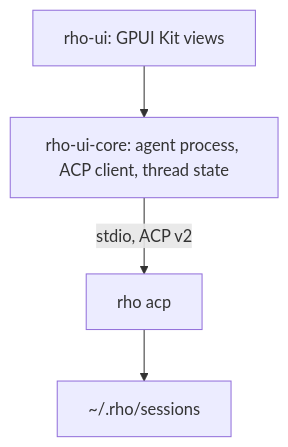
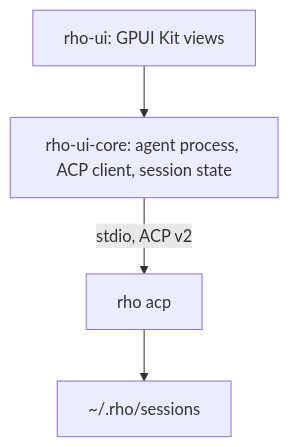
One commit to matthewyjiang/rho-ui changed the diagram in README.md. Above: the diagram before and after it, drawn with Mermaid. The commit also changed other lines of this file and 23 other files, not shown here.

````diff
--- a/README.md
+++ b/README.md
@@ -25,6 +25,6 @@
 ```mermaid
 flowchart TD
-    UI["rho-ui: GPUI Kit views"] --> Core["rho-ui-core: agent process, ACP client, thread state"]
+    UI["rho-ui: GPUI Kit views"] --> Core["rho-ui-core: agent process, ACP client, session state"]
     Core -->|"stdio, ACP v2"| Rho["rho acp"]
     Rho --> Store["~/.rho/sessions"]
 ```
````
